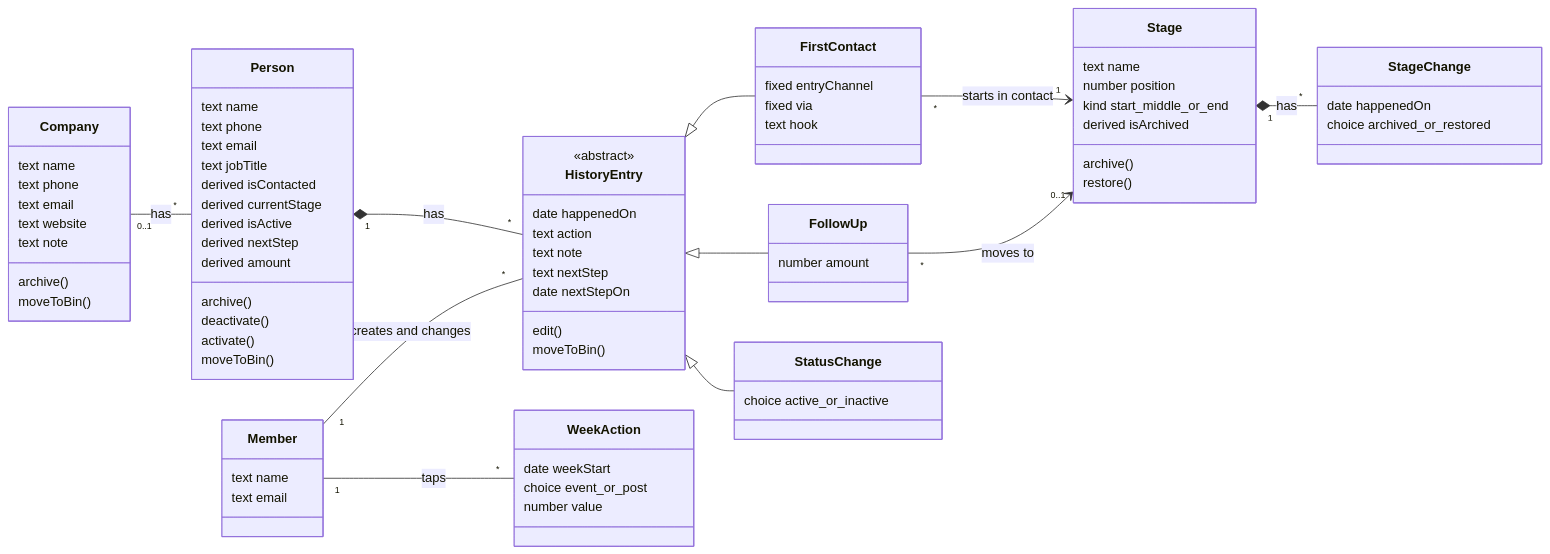
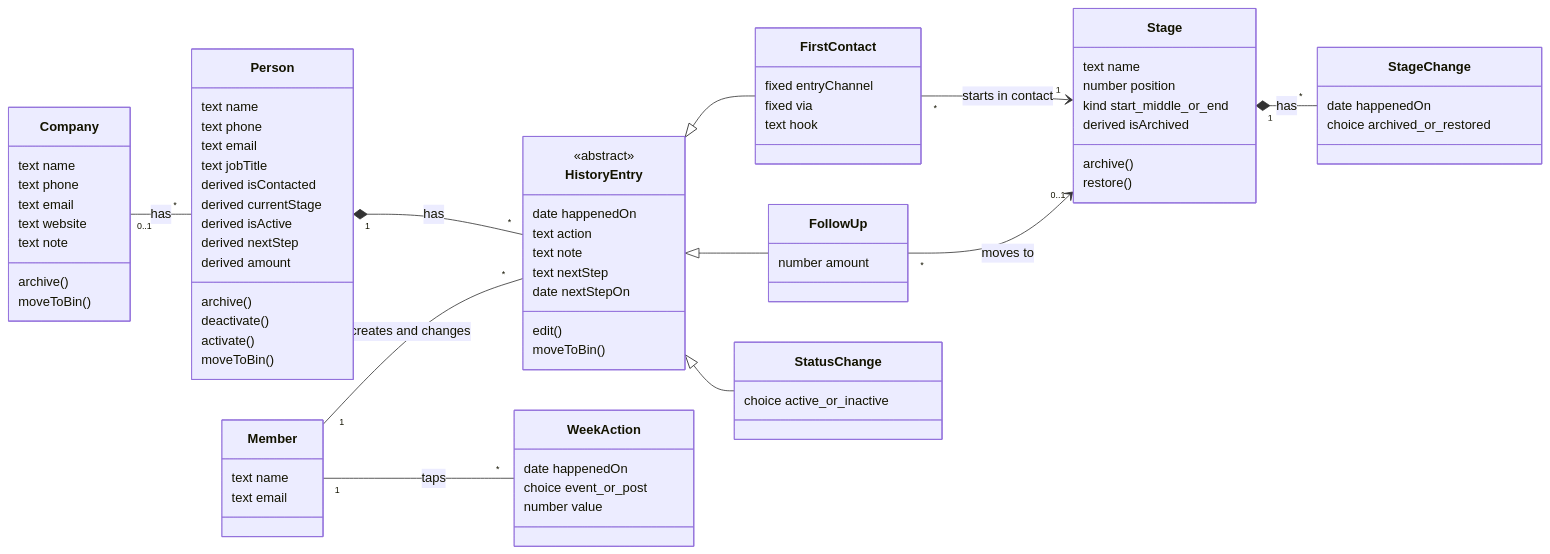
The first of 2 diagrams in docs/design.md (Orvillebe/JAFT), drawn with Mermaid before and after one commit. The commit also changed other lines of this file and 18 other files, not shown here.

First line of the commit message:
Add migrations, version check and a shared week-start setting

````diff
--- a/docs/design.md
+++ b/docs/design.md
@@ -40,80 +40,80 @@
 ```mermaid
 classDiagram
   direction LR
   class Company {
     text name
     text phone
     text email
     text website
     text note
     archive()
     moveToBin()
   }
   class Person {
     text name
     text phone
     text email
     text jobTitle
     derived isContacted
     derived currentStage
     derived isActive
     derived nextStep
     derived amount
     archive()
     deactivate()
     activate()
     moveToBin()
   }
   class HistoryEntry {
     <<abstract>>
     date happenedOn
     text action
     text note
     text nextStep
     date nextStepOn
     edit()
     moveToBin()
   }
   class FirstContact {
     fixed entryChannel
     fixed via
     text hook
   }
   class FollowUp {
     number amount
   }
   class StatusChange {
     choice active_or_inactive
   }
   class Stage {
     text name
     number position
     kind start_middle_or_end
     derived isArchived
     archive()
     restore()
   }
   class StageChange {
     date happenedOn
     choice archived_or_restored
   }
   class WeekAction {
-    date weekStart
+    date happenedOn
     choice event_or_post
     number value
   }
   class Member {
     text name
     text email
   }
   Company "0..1" -- "*" Person : has
   Person "1" *-- "*" HistoryEntry : has
   HistoryEntry <|-- FirstContact
   HistoryEntry <|-- FollowUp
   HistoryEntry <|-- StatusChange
   FirstContact "*" --> "1" Stage : starts in contact
   FollowUp "*" --> "0..1" Stage : moves to
   Stage "1" *-- "*" StageChange : has
   Member "1" -- "*" HistoryEntry : creates and changes
   Member "1" -- "*" WeekAction : taps
 ```
````
